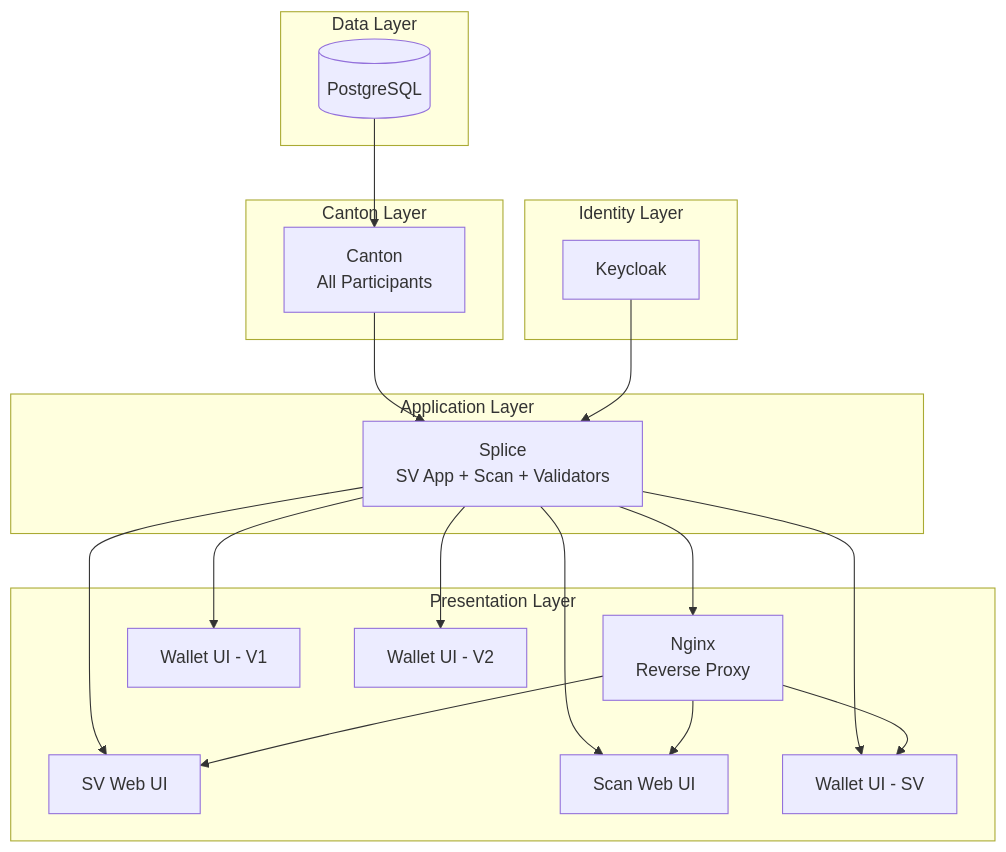
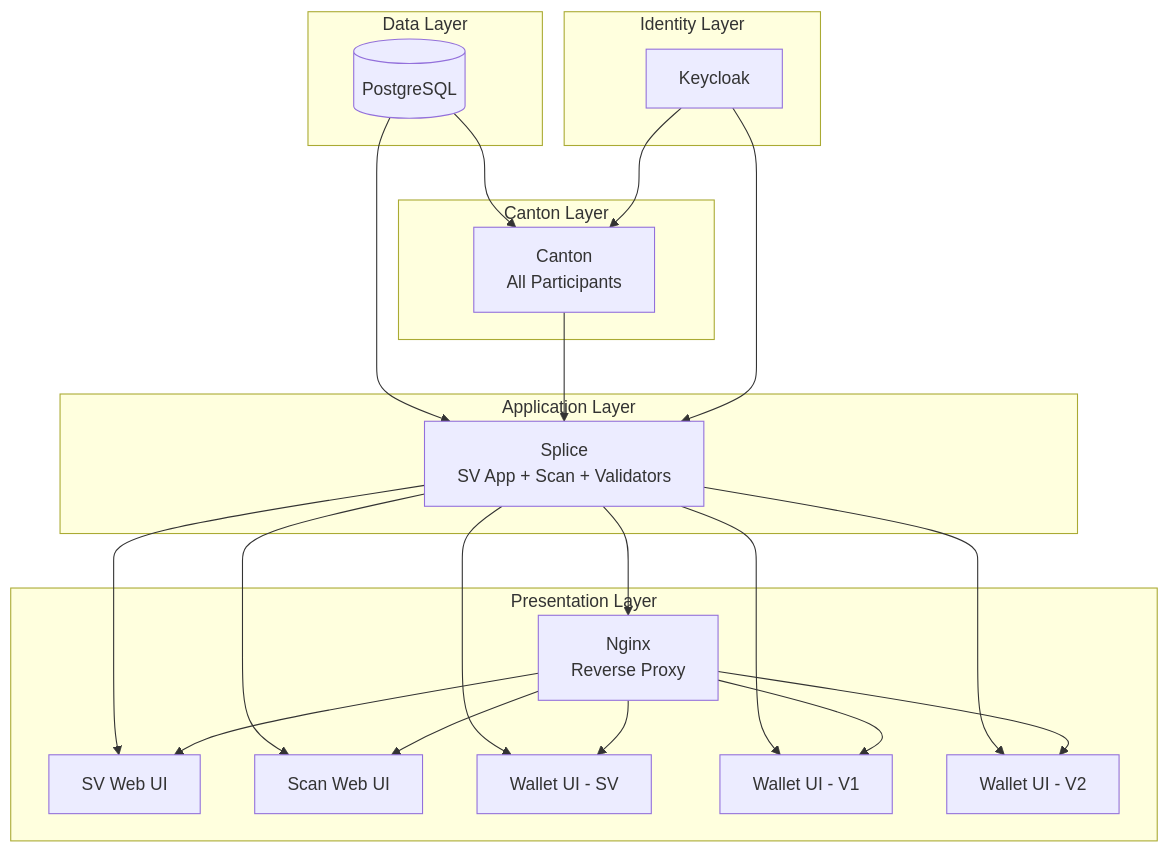
The first of 7 diagrams in site/src/content/docs/how-it-works/architecture.md (denex-io/denex-network-manager), drawn with Mermaid before and after one commit. The commit also changed other lines of this file, not shown here.

Commit message:
docs: correct the architecture page

````diff
--- a/site/src/content/docs/how-it-works/architecture.md
+++ b/site/src/content/docs/how-it-works/architecture.md
@@ -98,40 +98,44 @@
 ```mermaid
 graph TB
     subgraph "Data Layer"
         postgres[(PostgreSQL)]
     end
     
     subgraph "Identity Layer"
         keycloak[Keycloak]
     end
     
     subgraph "Canton Layer"
         canton[Canton<br/>All Participants]
     end
     
     subgraph "Application Layer"
         splice[Splice<br/>SV App + Scan + Validators]
     end
     
     subgraph "Presentation Layer"
         nginx[Nginx<br/>Reverse Proxy]
         sv-web-ui[SV Web UI]
         scan-web-ui[Scan Web UI]
         wallet-sv[Wallet UI - SV]
         wallet-v1[Wallet UI - V1]
         wallet-v2[Wallet UI - V2]
     end
     
     postgres --> canton
+    postgres --> splice
+    keycloak --> canton
     canton --> splice
     keycloak --> splice
     splice --> nginx
     splice --> sv-web-ui
     splice --> scan-web-ui
     splice --> wallet-sv
     splice --> wallet-v1
     splice --> wallet-v2
     nginx --> sv-web-ui
     nginx --> scan-web-ui
     nginx --> wallet-sv
+    nginx --> wallet-v1
+    nginx --> wallet-v2
 ```
````
